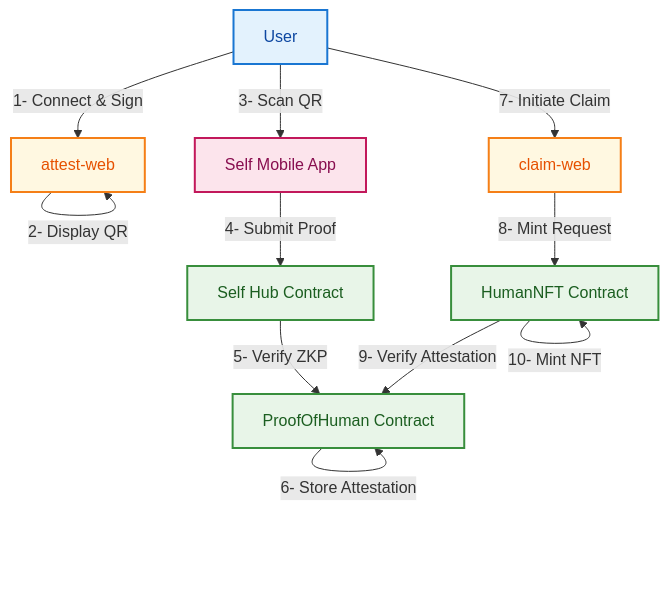
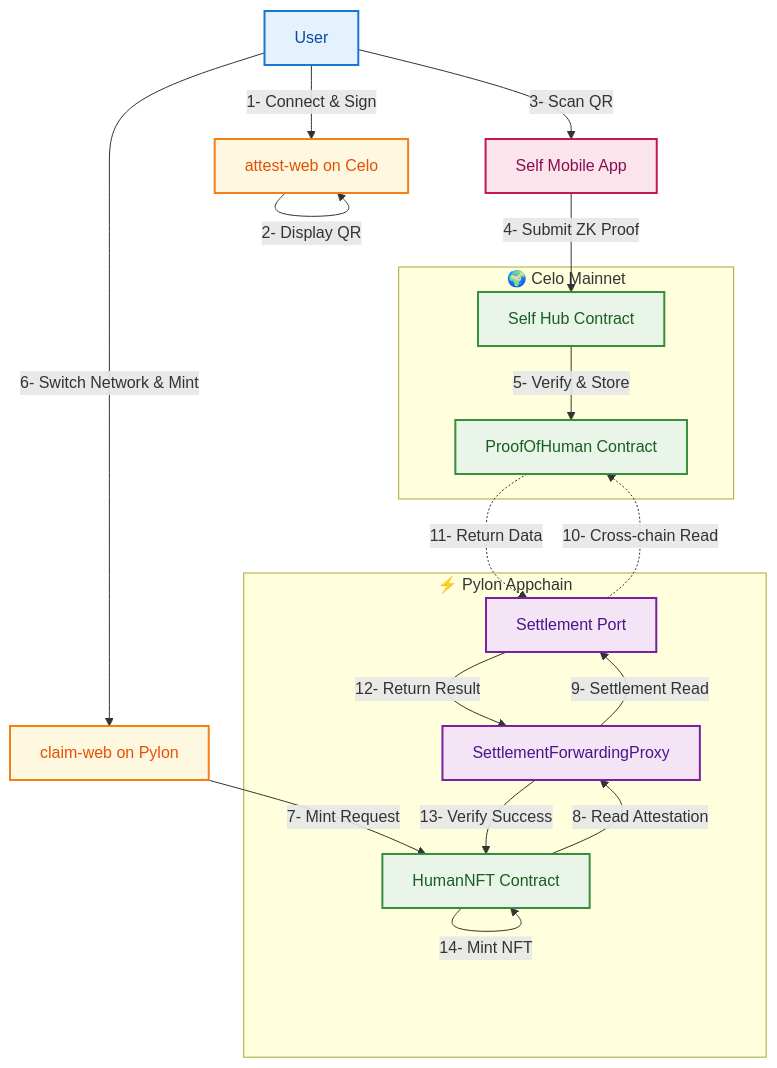
One commit to spire-labs/self-pylon-demo changed the diagram in README.md. Above: the diagram before and after it, drawn with Mermaid. The commit also changed other lines of this file and 10 other files, not shown here.

Commit message:
Switching to use Pylon's Celo instance for HumanNFT claim app.

````diff
--- a/README.md
+++ b/README.md
@@ -21,28 +24,40 @@
 ```mermaid
 graph TD
     U[User]:::userLayer
-    AW[attest-web]:::serviceLayer
-    CW[claim-web]:::serviceLayer
+    AW[attest-web on Celo]:::serviceLayer
+    CW[claim-web on Pylon]:::serviceLayer
     SA[Self Mobile App]:::externalLayer
-    SH[Self Hub Contract]:::contractLayer
-    PH[ProofOfHuman Contract]:::contractLayer
-    HN[HumanNFT Contract]:::contractLayer
+    
+    subgraph Celo["🌍 Celo Mainnet"]
+        SH[Self Hub Contract]:::contractLayer
+        PH[ProofOfHuman Contract]:::contractLayer
+    end
+    
+    subgraph Pylon["⚡ Pylon Appchain"]
+        SP[Settlement Port]:::pylonLayer
+        PROXY[SettlementForwardingProxy]:::pylonLayer
+        HN[HumanNFT Contract]:::contractLayer
+    end
     
     U -->|1- Connect & Sign| AW
     AW -->|2- Display QR| AW
     U -->|3- Scan QR| SA
-    SA -->|4- Submit Proof| SH
-    SH -->|5- Verify ZKP| PH
-    PH -->|6- Store Attestation| PH
-    U -->|7- Initiate Claim| CW
-    CW -->|8- Mint Request| HN
-    HN -->|9- Verify Attestation| PH
-    HN -->|10- Mint NFT| HN
+    SA -->|4- Submit ZK Proof| SH
+    SH -->|5- Verify & Store| PH
+    U -->|6- Switch Network & Mint| CW
+    CW -->|7- Mint Request| HN
+    HN -->|8- Read Attestation| PROXY
+    PROXY -->|9- Settlement Read| SP
+    SP -.->|10- Cross-chain Read| PH
+    PH -.->|11- Return Data| SP
+    SP -->|12- Return Result| PROXY
+    PROXY -->|13- Verify Success| HN
+    HN -->|14- Mint NFT| HN
     
     %% Styling
     classDef userLayer fill:#e3f2fd,stroke:#1976d2,stroke-width:2px,color:#0d47a1
     classDef serviceLayer fill:#fff8e1,stroke:#f57f17,stroke-width:2px,color:#e65100
     classDef externalLayer fill:#fce4ec,stroke:#c2185b,stroke-width:2px,color:#880e4f
     classDef contractLayer fill:#e8f5e8,stroke:#388e3c,stroke-width:2px,color:#1b5e20
-    classDef blockchainLayer fill:#fff8e1,stroke:#f57f17,stroke-width:2px,color:#e65100
+    classDef pylonLayer fill:#f3e5f5,stroke:#7b1fa2,stroke-width:2px,color:#4a148c
 ```
````
